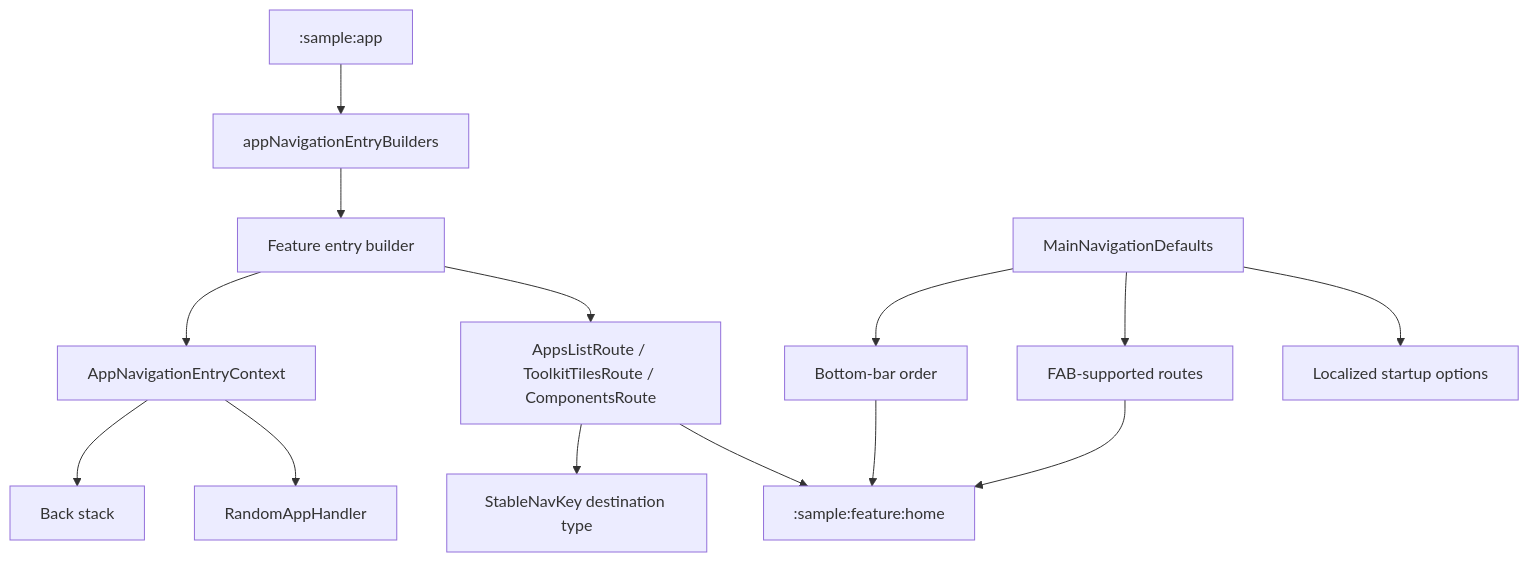
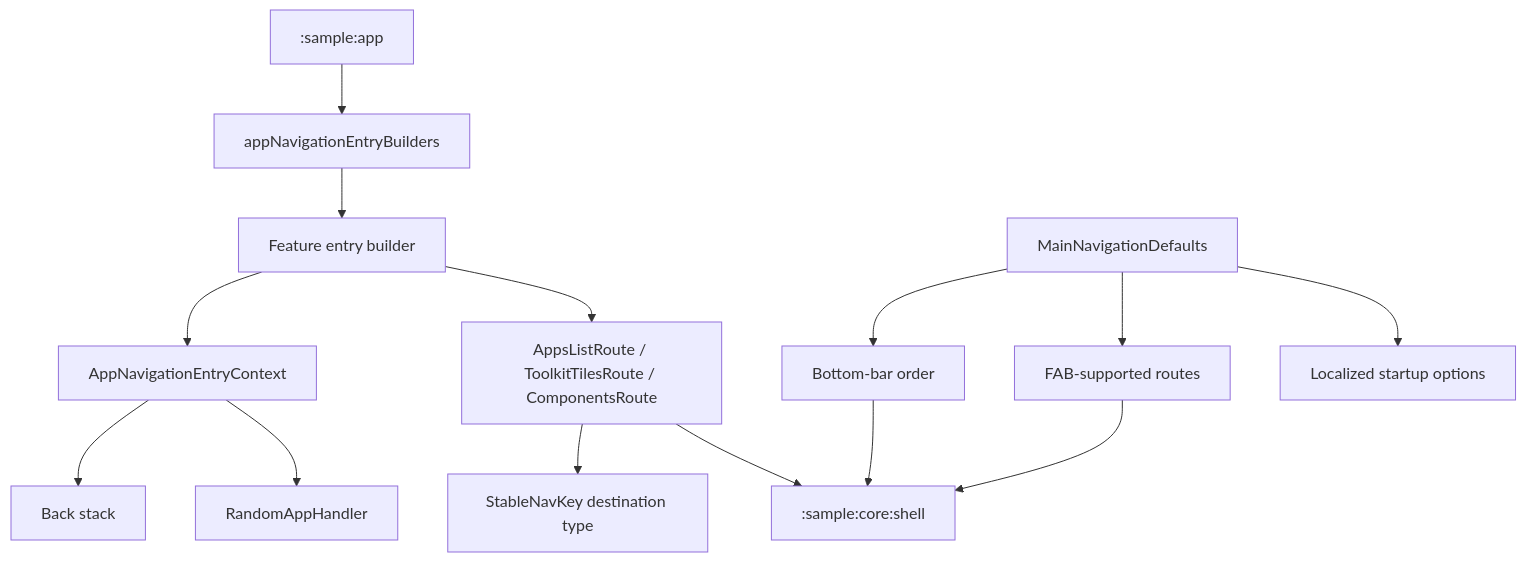
Before and after one commit to MihaiCristianCondrea/App-Toolkit-for-Android: the diagram in sample/core/navigation/README.md, drawn with Mermaid. The commit also changed other lines of this file and 131 other files, not shown here.

````diff
--- a/sample/core/navigation/README.md
+++ b/sample/core/navigation/README.md
@@ -33,16 +33,16 @@
 ```mermaid
 flowchart TD
     Keys["AppsListRoute / ToolkitTilesRoute / ComponentsRoute"] --> Type[StableNavKey destination type]
     Feature[Feature entry builder] --> Context[AppNavigationEntryContext]
     Context --> Stack[Back stack]
     Context --> Random[RandomAppHandler]
     Feature --> Keys
     App[":sample:app"] --> Aggregate[appNavigationEntryBuilders]
     Aggregate --> Feature
     Defaults[MainNavigationDefaults] --> Bottom[Bottom-bar order]
     Defaults --> Fab[FAB-supported routes]
     Defaults --> Startup[Localized startup options]
-    Bottom --> Shell[":sample:feature:home"]
+    Bottom --> Shell[":sample:core:shell"]
     Fab --> Shell
     Keys --> Shell
 ```
````
